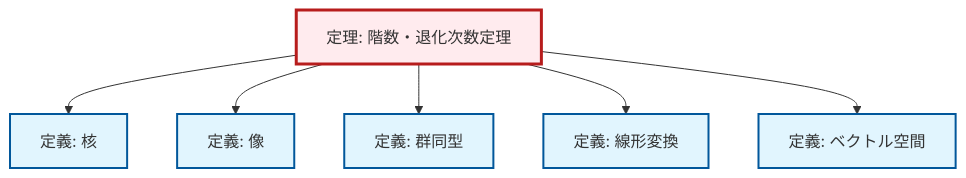
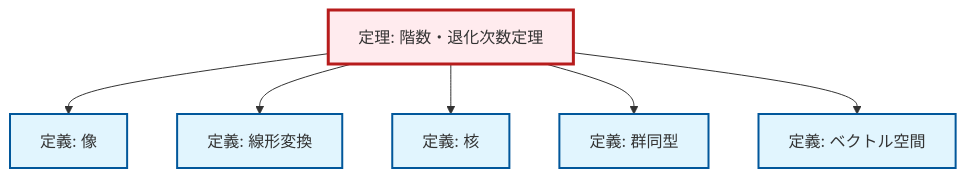
One commit to RK0429/ModernMath changed the diagram in output/mermaid/ja/thm-rank-nullity.mermaid. Above: the diagram before and after it, drawn with Mermaid. The commit also changed other lines of this file and 3096 other files, not shown here.

```diff
--- a/output/mermaid/ja/thm-rank-nullity.mermaid
+++ b/output/mermaid/ja/thm-rank-nullity.mermaid
@@ -1,19 +1,19 @@
 %%| fig-cap: "Local dependency graph"
 graph TD
     classDef definition fill:#e1f5fe,stroke:#01579b,stroke-width:2px
     classDef theorem fill:#f3e5f5,stroke:#4a148c,stroke-width:2px
     classDef axiom fill:#fff3e0,stroke:#e65100,stroke-width:2px
     classDef example fill:#e8f5e9,stroke:#1b5e20,stroke-width:2px
     classDef current fill:#ffebee,stroke:#b71c1c,stroke-width:3px
+    def-linear-transformation["定義: 線形変換"]:::definition
+    def-vector-space["定義: ベクトル空間"]:::definition
+    def-kernel["定義: 核"]:::definition
+    thm-rank-nullity["定理: 階数・退化次数定理"]:::theorem
+    def-isomorphism["定義: 群同型"]:::definition
     def-image["定義: 像"]:::definition
-    def-linear-transformation["定義: 線形変換"]:::definition
-    def-kernel["定義: 核"]:::definition
-    def-vector-space["定義: ベクトル空間"]:::definition
-    def-isomorphism["定義: 群同型"]:::definition
-    thm-rank-nullity["定理: 階数・退化次数定理"]:::theorem
+    thm-rank-nullity --> def-image
+    thm-rank-nullity --> def-linear-transformation
     thm-rank-nullity --> def-kernel
-    thm-rank-nullity --> def-image
     thm-rank-nullity --> def-isomorphism
-    thm-rank-nullity --> def-linear-transformation
     thm-rank-nullity --> def-vector-space
     class thm-rank-nullity current
```
